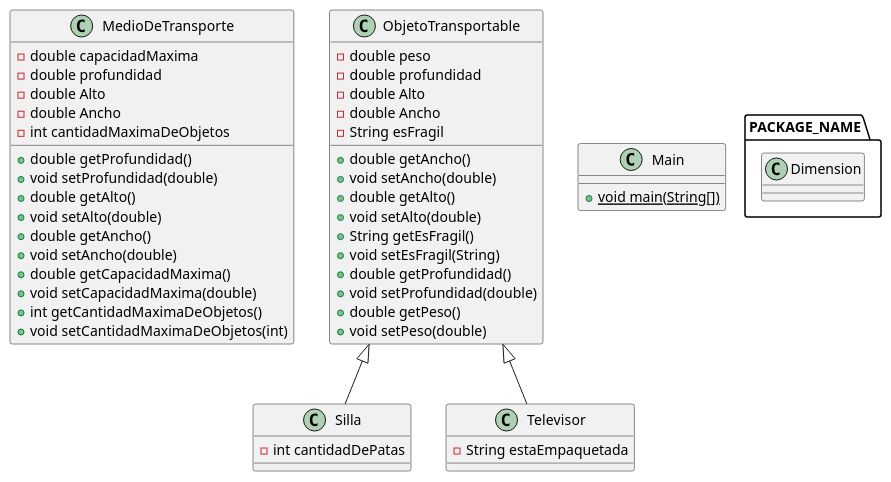
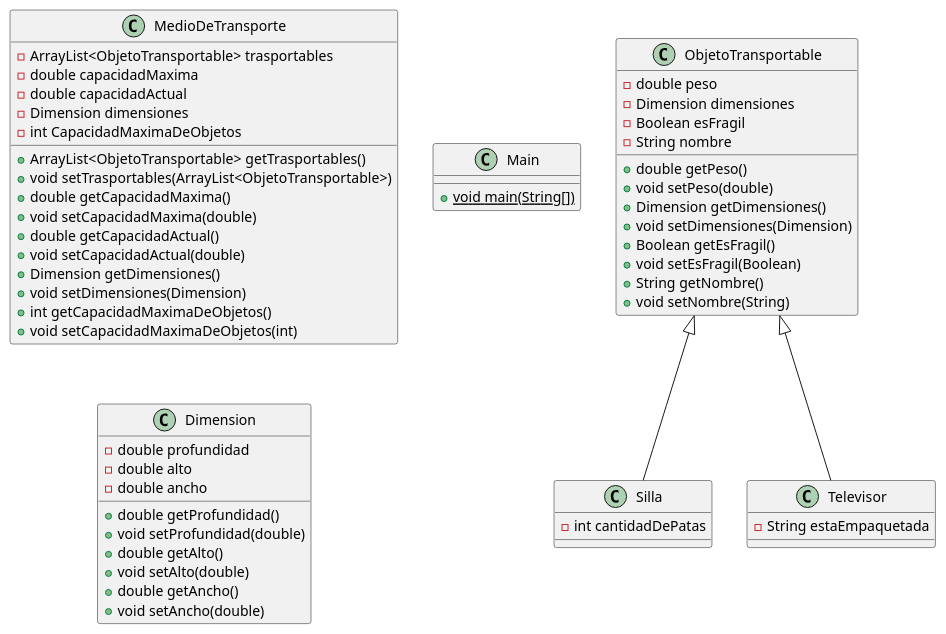
Before and after one commit to GianniBaldizzone/Ejercicio3-Mudanza: the diagram in Transporte SA.puml, drawn with PlantUML. The commit also changed 8 other files, not shown here.

```diff
--- a/Transporte SA.puml
+++ b/Transporte SA.puml
@@ -1,51 +1,57 @@
 @startuml
 class MedioDeTransporte {
+- ArrayList<ObjetoTransportable> trasportables
 - double capacidadMaxima
-- double profundidad
-- double Alto
-- double Ancho
-- int cantidadMaximaDeObjetos
-+ double getProfundidad()
-+ void setProfundidad(double)
-+ double getAlto()
-+ void setAlto(double)
-+ double getAncho()
-+ void setAncho(double)
+- double capacidadActual
+- Dimension dimensiones
+- int CapacidadMaximaDeObjetos
++ ArrayList<ObjetoTransportable> getTrasportables()
++ void setTrasportables(ArrayList<ObjetoTransportable>)
 + double getCapacidadMaxima()
 + void setCapacidadMaxima(double)
-+ int getCantidadMaximaDeObjetos()
-+ void setCantidadMaximaDeObjetos(int)
++ double getCapacidadActual()
++ void setCapacidadActual(double)
++ Dimension getDimensiones()
++ void setDimensiones(Dimension)
++ int getCapacidadMaximaDeObjetos()
++ void setCapacidadMaximaDeObjetos(int)
 }
 class ObjetoTransportable {
 - double peso
-- double profundidad
-- double Alto
-- double Ancho
-- String esFragil
-+ double getAncho()
-+ void setAncho(double)
-+ double getAlto()
-+ void setAlto(double)
-+ String getEsFragil()
-+ void setEsFragil(String)
-+ double getProfundidad()
-+ void setProfundidad(double)
+- Dimension dimensiones
+- Boolean esFragil
+- String nombre
 + double getPeso()
 + void setPeso(double)
++ Dimension getDimensiones()
++ void setDimensiones(Dimension)
++ Boolean getEsFragil()
++ void setEsFragil(Boolean)
++ String getNombre()
++ void setNombre(String)
 }
 class Main {
 + {static} void main(String[])
 }
 class Silla {
 - int cantidadDePatas
 }
-class PACKAGE_NAME.Dimension {
+class Dimension {
+- double profundidad
+- double alto
+- double ancho
++ double getProfundidad()
++ void setProfundidad(double)
++ double getAlto()
++ void setAlto(double)
++ double getAncho()
++ void setAncho(double)
 }
 class Televisor {
 - String estaEmpaquetada
 }
 
 
 ObjetoTransportable <|-- Silla
 ObjetoTransportable <|-- Televisor
 @enduml
```
